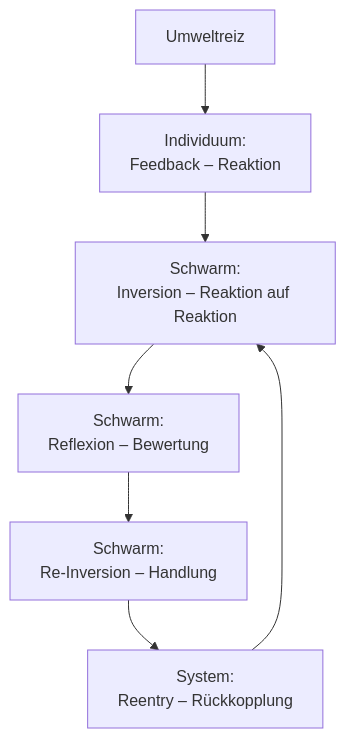
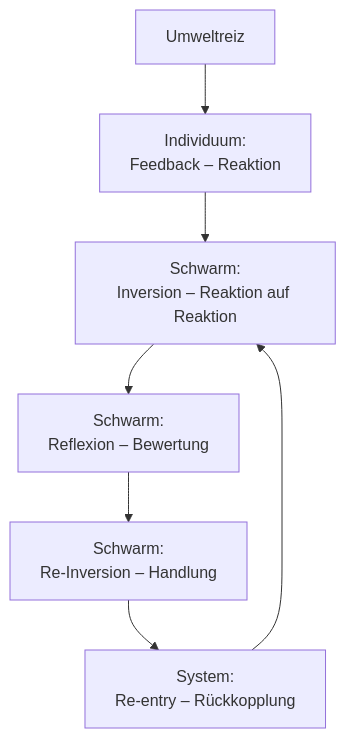
One commit to jochen-hanisch/research changed the second of 2 diagrams in Fallstudien/Schwarmverhalten.md. Above: the diagram before and after it, drawn with Mermaid. The commit also changed other lines of this file, not shown here.

````diff
--- a/Fallstudien/Schwarmverhalten.md
+++ b/Fallstudien/Schwarmverhalten.md
@@ -65,16 +72,16 @@
 ```mermaid
 flowchart TD
   U[Umweltreiz]
   I1[Individuum:<br>Feedback – Reaktion]
   S1[Schwarm:<br>Inversion – Reaktion auf Reaktion]
   S2[Schwarm:<br>Reflexion – Bewertung]
   S3[Schwarm:<br>Re-Inversion – Handlung]
-  SY[System:<br>Reentry – Rückkopplung]
+  SY[System:<br>Re-entry – Rückkopplung]
 
   U --> I1
   I1 --> S1
   S1 --> S2
   S2 --> S3
   S3 --> SY
   SY --> S1
 ```
````
